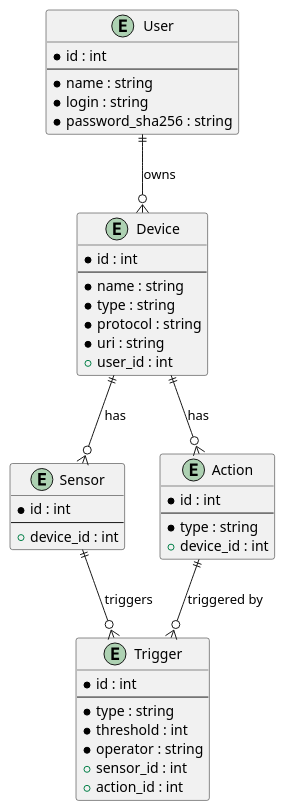
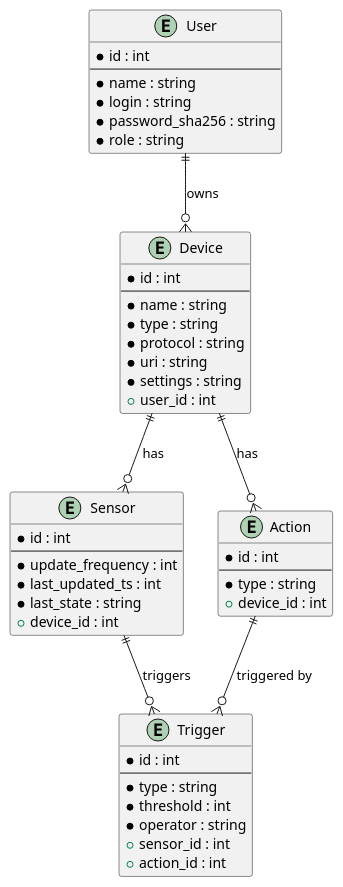
One commit to adilyas/architecture-warmhouse changed the diagram in architecture/er-diagram.puml. Above: the diagram before and after it, drawn with PlantUML. The commit also changed 6 other files, not shown here.

```diff
--- a/architecture/er-diagram.puml
+++ b/architecture/er-diagram.puml
@@ -1,50 +1,55 @@
 @startuml ER_Diagram
 
 entity "User" {
   * id : int
   --
   * name : string
   * login : string
   * password_sha256 : string
+  * role : string
 }
 
 entity "Device" {
   * id : int
   --
   * name : string
   * type : string
   * protocol : string
   * uri : string
+  * settings : string
   + user_id : int
 }
 
 entity "Sensor" {
   * id : int
   --
+  * update_frequency : int
+  * last_updated_ts : int
+  * last_state : string
   + device_id : int
 }
 
 entity "Action" {
   * id : int
   --
   * type : string
   + device_id : int
 }
 
 entity "Trigger" {
   * id : int
   --
   * type : string
   * threshold : int
   * operator : string
   + sensor_id : int
   + action_id : int
 }
 
 User ||--o{ Device : "owns"
 Device ||--o{ Sensor : "has"
 Device ||--o{ Action : "has"
 Sensor ||--o{ Trigger : "triggers"
 Action ||--o{ Trigger : "triggered by"
 
 @enduml
```
